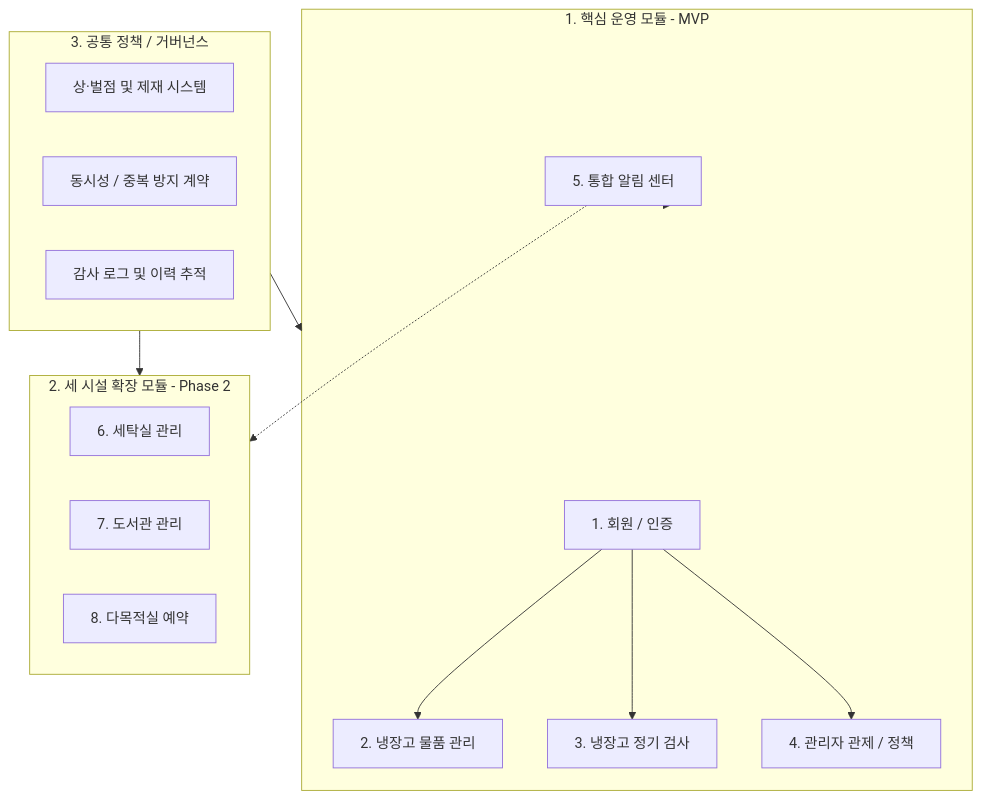
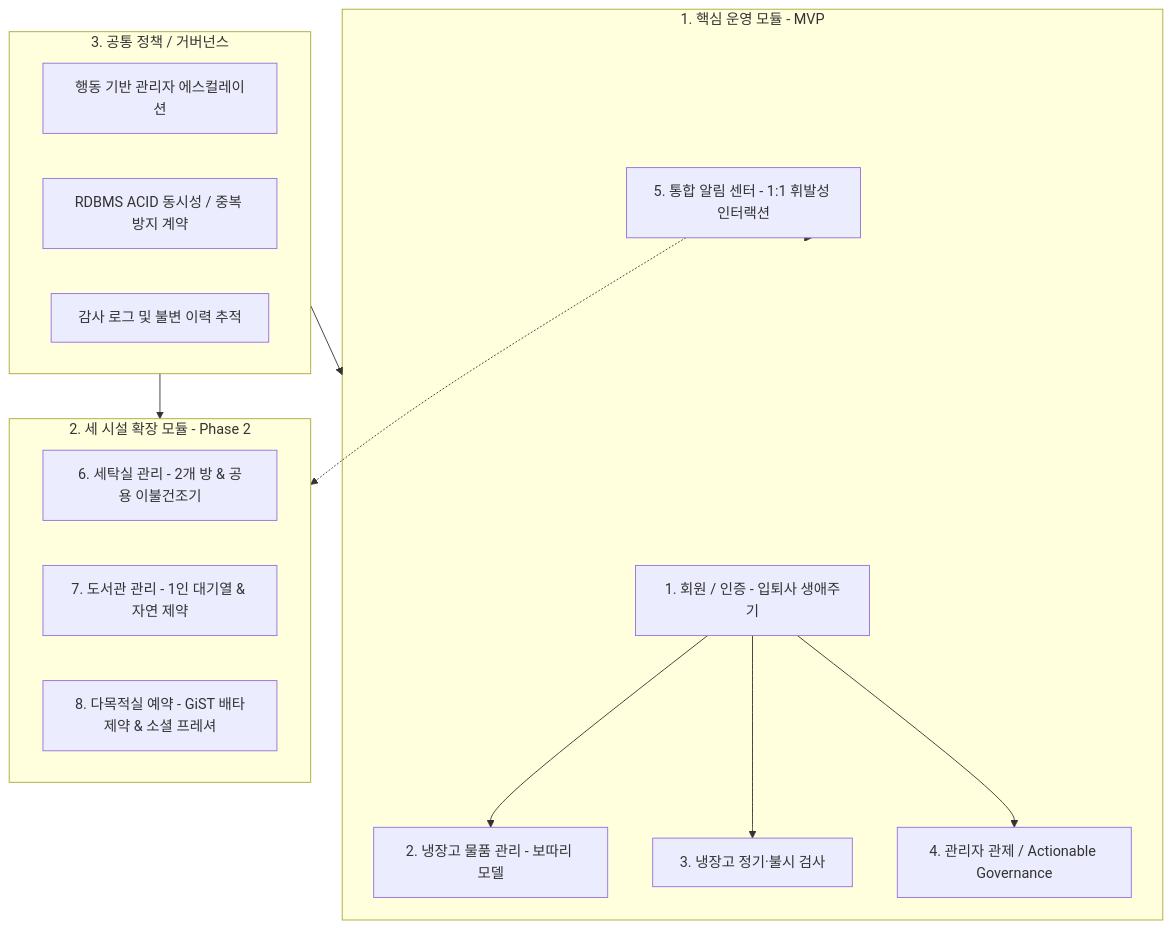
One commit to hihi213/DormMate changed the diagram in docs/specs/전체기능.md. Above: the diagram before and after it, drawn with Mermaid. The commit also changed other lines of this file and 11 other files, not shown here.

````diff
--- a/docs/specs/전체기능.md
+++ b/docs/specs/전체기능.md
@@ -9,26 +9,26 @@
 ```mermaid
 graph TD
     subgraph Core [1. 핵심 운영 모듈 - MVP]
-        Auth[1. 회원 / 인증]
-        Fridge[2. 냉장고 물품 관리]
-        Inspect[3. 냉장고 정기 검사]
-        Admin[4. 관리자 관제 / 정책]
-        Noti[5. 통합 알림 센터]
+        Auth[1. 회원 / 인증 - 입퇴사 생애주기]
+        Fridge[2. 냉장고 물품 관리 - 보따리 모델]
+        Inspect[3. 냉장고 정기·불시 검사]
+        Admin[4. 관리자 관제 / Actionable Governance]
+        Noti[5. 통합 알림 센터 - 1:1 휘발성 인터랙션]
     end
 
     subgraph Expansion [2. 세 시설 확장 모듈 - Phase 2]
-        Laundry[6. 세탁실 관리]
-        Library[7. 도서관 관리]
-        Study[8. 다목적실 예약]
+        Laundry[6. 세탁실 관리 - 2개 방 & 공용 이불건조기]
+        Library[7. 도서관 관리 - 1인 대기열 & 자연 제약]
+        Study[8. 다목적실 예약 - GiST 배타제약 & 소셜 프레셔]
     end
 
     subgraph CrossCutting [3. 공통 정책 / 거버넌스]
-        Penalty[상·벌점 및 제재 시스템]
-        Dedupe[동시성 / 중복 방지 계약]
-        Audit[감사 로그 및 이력 추적]
+        Governance[행동 기반 관리자 에스컬레이션]
+        Dedupe[RDBMS ACID 동시성 / 중복 방지 계약]
+        Audit[감사 로그 및 불변 이력 추적]
     end
 
     Auth --> Fridge & Inspect & Admin
     Noti -.-> Core & Expansion
     CrossCutting --> Core & Expansion
 ```
````
